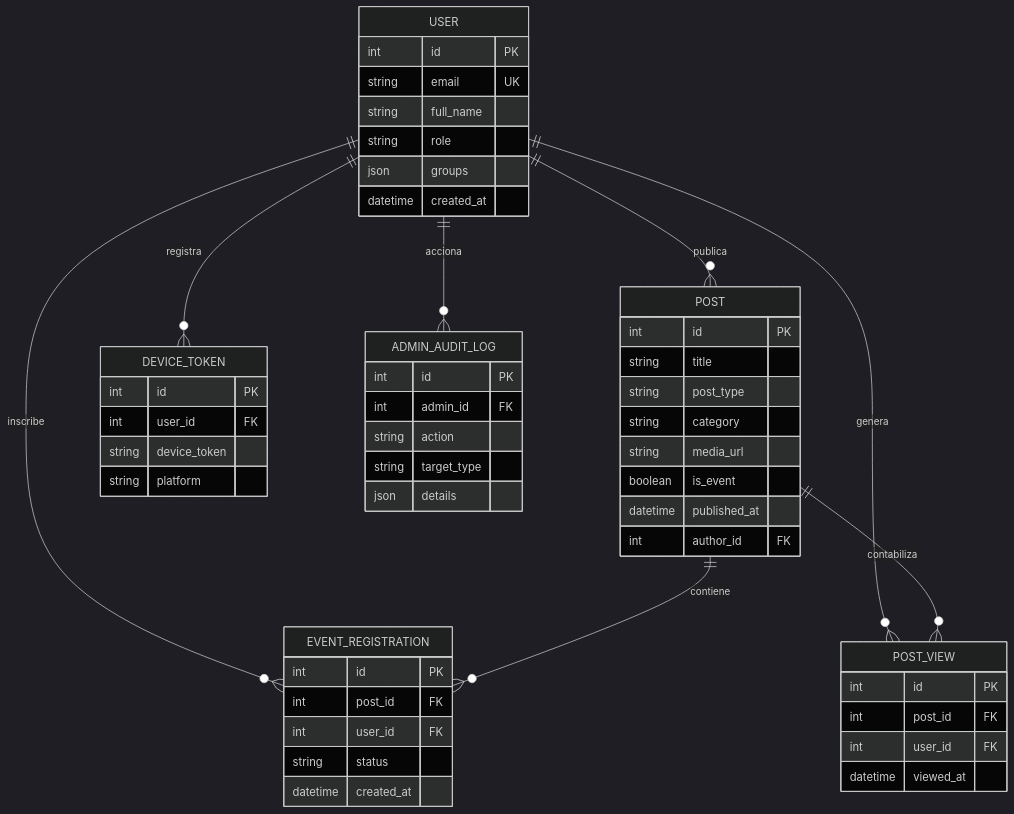
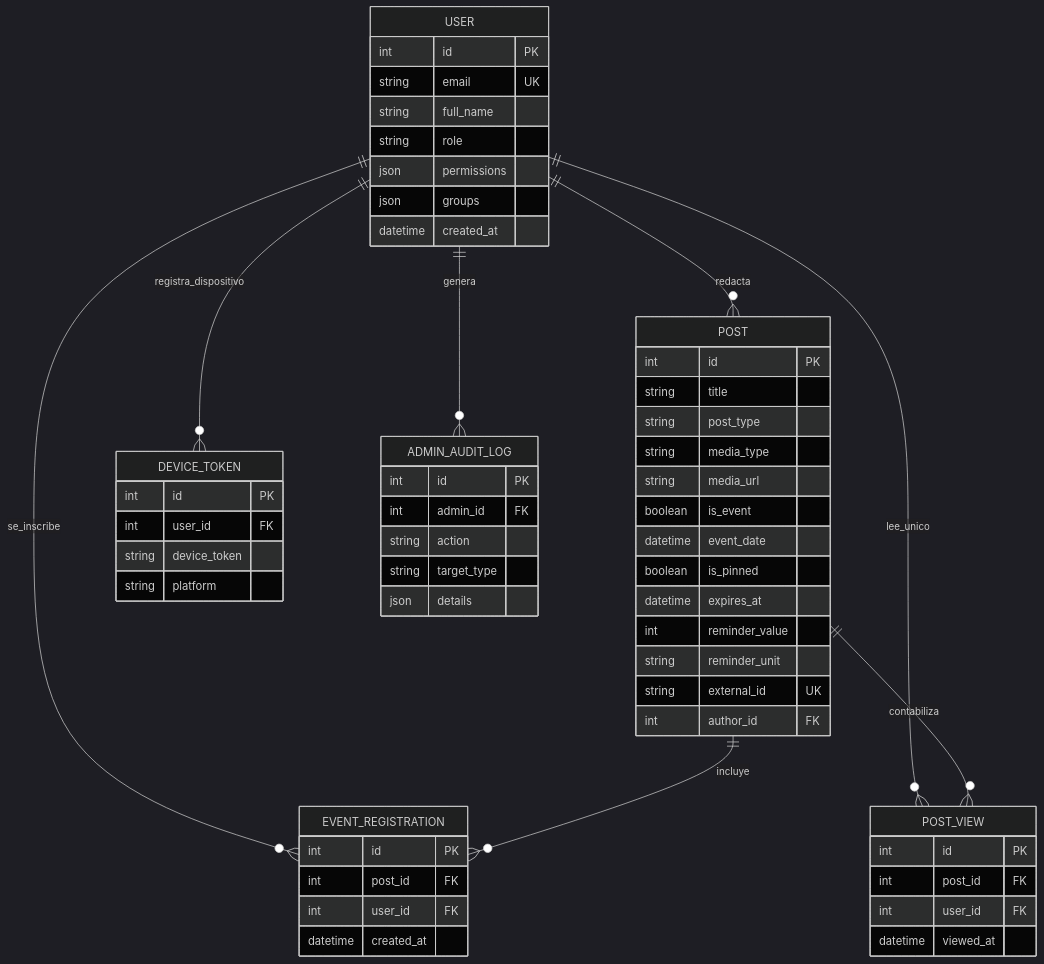
One commit to Pascal-Thommen/pascal-thommen.github.io changed the first of 3 diagrams in content/posts/upa-campus-app-architecture-part-6/index.es.md. Above: the diagram before and after it, drawn with Mermaid (dark theme). The commit also changed other lines of this file and 20 other files, not shown here.

Commit message:
feat(posts): refine UPA Campus App architecture series with holistic webapp mental model and specification depth

````diff
--- a/content/posts/upa-campus-app-architecture-part-6/index.es.md
+++ b/content/posts/upa-campus-app-architecture-part-6/index.es.md
@@ -36,55 +28,60 @@
 ```mermaid
 erDiagram
-    USER ||--o{ POST : "publica"
-    USER ||--o{ EVENT_REGISTRATION : "inscribe"
-    USER ||--o{ POST_VIEW : "genera"
-    USER ||--o{ DEVICE_TOKEN : "registra"
-    USER ||--o{ ADMIN_AUDIT_LOG : "acciona"
-    POST ||--o{ EVENT_REGISTRATION : "contiene"
+    USER ||--o{ POST : "redacta"
+    USER ||--o{ EVENT_REGISTRATION : "se_inscribe"
+    USER ||--o{ POST_VIEW : "lee_unico"
+    USER ||--o{ DEVICE_TOKEN : "registra_dispositivo"
+    USER ||--o{ ADMIN_AUDIT_LOG : "genera"
+    POST ||--o{ EVENT_REGISTRATION : "incluye"
     POST ||--o{ POST_VIEW : "contabiliza"
 
     USER {
         int id PK
         string email UK
         string full_name
         string role
+        json permissions
         json groups
         datetime created_at
     }
     POST {
         int id PK
         string title
         string post_type
-        string category
+        string media_type
         string media_url
         boolean is_event
-        datetime published_at
+        datetime event_date
+        boolean is_pinned
+        datetime expires_at
+        int reminder_value
+        string reminder_unit
+        string external_id UK
         int author_id FK
     }
     EVENT_REGISTRATION {
         int id PK
         int post_id FK
         int user_id FK
-        string status
         datetime created_at
     }
     POST_VIEW {
         int id PK
         int post_id FK
         int user_id FK
         datetime viewed_at
     }
     DEVICE_TOKEN {
         int id PK
         int user_id FK
         string device_token
         string platform
     }
     ADMIN_AUDIT_LOG {
         int id PK
         int admin_id FK
         string action
         string target_type
         json details
     }
 ```
````
